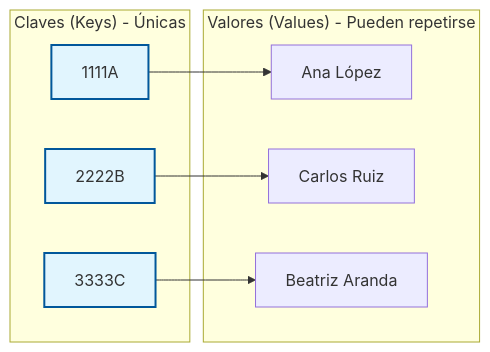
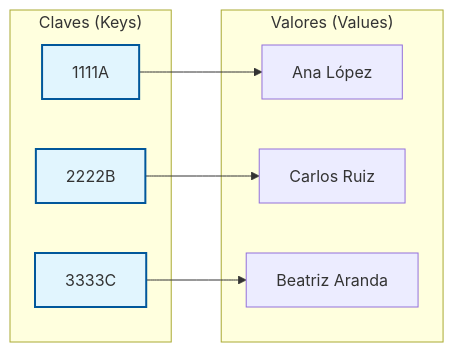
Before and after one commit to JMAbadLopez/programacion: the third of 3 diagrams in docs/unidades/ud04.md, drawn with Mermaid. The commit also changed 5 other files, not shown here.

````diff
--- a/docs/unidades/ud04.md
+++ b/docs/unidades/ud04.md
@@ -566,22 +566,22 @@
 ```mermaid
 graph LR
-    subgraph "Claves (Keys) - Únicas"
+    subgraph "Claves (Keys)"
     K1[1111A]
     K2[2222B]
     K3[3333C]
     end
 
-    subgraph "Valores (Values) - Pueden repetirse"
+    subgraph "Valores (Values)"
     V1[Ana López]
     V2[Carlos Ruiz]
     V3[Beatriz Aranda]
     end
 
     K1 --> V1
     K2 --> V2
     K3 --> V3
 
     style K1 fill:#e1f5fe,stroke:#01579b,stroke-width:2px
     style K2 fill:#e1f5fe,stroke:#01579b,stroke-width:2px
     style K3 fill:#e1f5fe,stroke:#01579b,stroke-width:2px
 ```
````
